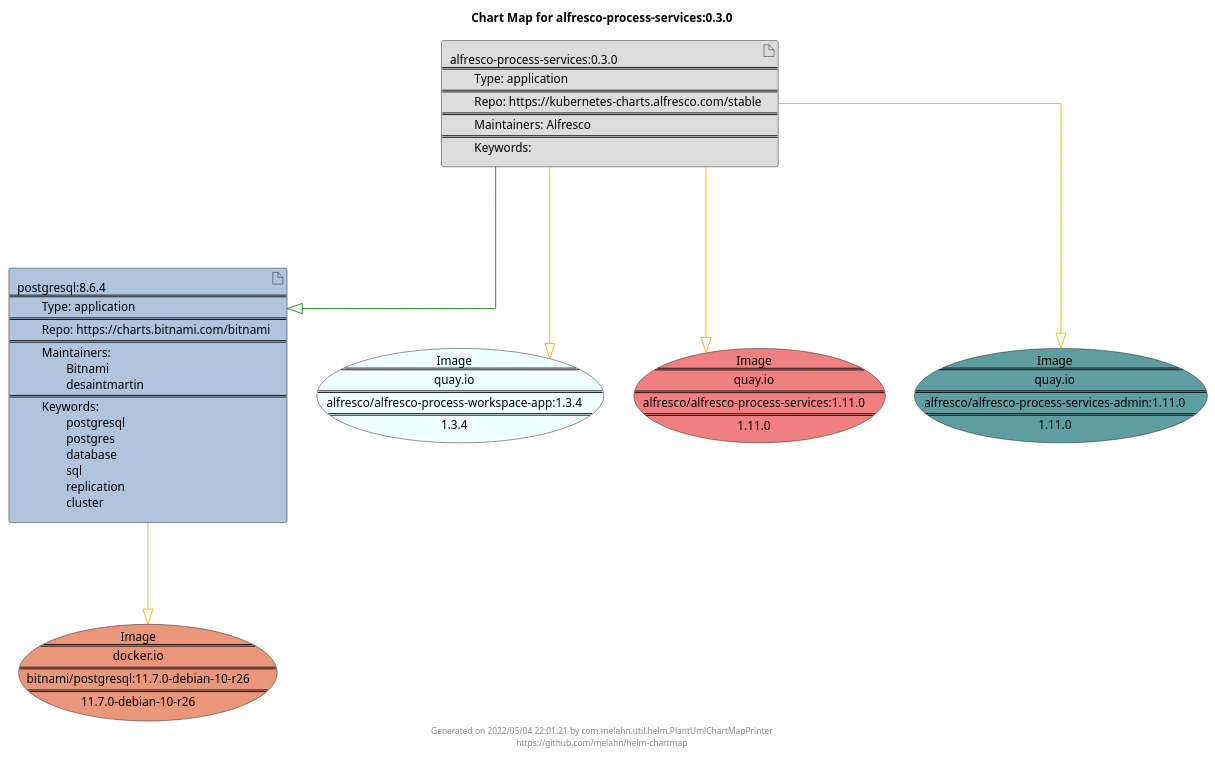
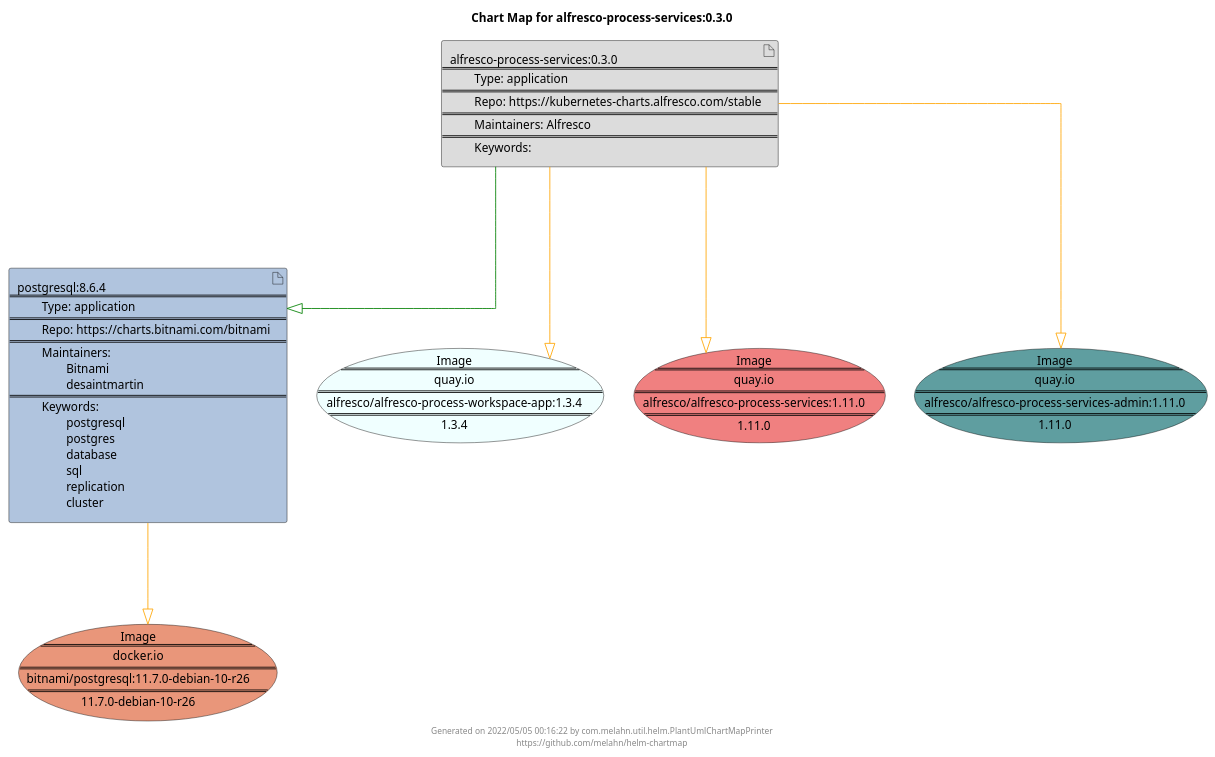
The diagram in docs/alfresco-process-services/alfresco-process-services-0.3.0.puml (melahn/helm-chartmap), drawn with PlantUML before and after one commit. The commit also changed 62 other files, not shown here.

Commit message:
Update Example Chart Maps as part of GitHub build

```diff
--- a/docs/alfresco-process-services/alfresco-process-services-0.3.0.puml
+++ b/docs/alfresco-process-services/alfresco-process-services-0.3.0.puml
@@ -1,29 +1,29 @@
 @startuml
 skinparam linetype ortho
 skinparam backgroundColor white
 skinparam usecaseBorderColor black
 skinparam usecaseArrowColor LightSlateGray
 skinparam artifactBorderColor black
 skinparam artifactArrowColor LightSlateGray
 
 title Chart Map for alfresco-process-services:0.3.0
 
 'There are 2 referenced Helm Charts
 artifact "alfresco-process-services:0.3.0\n====\n\tType: application\n====\n\tRepo: https://kubernetes-charts.alfresco.com/stable\n====\n\tMaintainers: Alfresco\n====\n\tKeywords: " as alfresco_process_services_0_3_0 #Gainsboro
 artifact "postgresql:8.6.4\n====\n\tType: application\n====\n\tRepo: https://charts.bitnami.com/bitnami\n====\n\tMaintainers: \n\t\tBitnami\n\t\tdesaintmartin\n====\n\tKeywords: \n\t\tpostgresql\n\t\tpostgres\n\t\tdatabase\n\t\tsql\n\t\treplication\n\t\tcluster" as postgresql_8_6_4 #LightSteelBlue
 
 'There are 4 referenced Docker Images
 usecase "Image\n====\nquay.io\n====\nalfresco/alfresco-process-workspace-app:1.3.4\n====\n1.3.4" as quay_io_alfresco_alfresco_process_workspace_app_1_3_4 #Azure
 usecase "Image\n====\nquay.io\n====\nalfresco/alfresco-process-services:1.11.0\n====\n1.11.0" as quay_io_alfresco_alfresco_process_services_1_11_0 #LightCoral
 usecase "Image\n====\nquay.io\n====\nalfresco/alfresco-process-services-admin:1.11.0\n====\n1.11.0" as quay_io_alfresco_alfresco_process_services_admin_1_11_0 #CadetBlue
 usecase "Image\n====\ndocker.io\n====\nbitnami/postgresql:11.7.0-debian-10-r26\n====\n11.7.0-debian-10-r26" as docker_io_bitnami_postgresql_11_7_0_debian_10_r26 #DarkSalmon
 
 'Chart Dependencies
 alfresco_process_services_0_3_0--[#green]-|>postgresql_8_6_4
 alfresco_process_services_0_3_0--[#orange]-|>quay_io_alfresco_alfresco_process_services_admin_1_11_0
 alfresco_process_services_0_3_0--[#orange]-|>quay_io_alfresco_alfresco_process_workspace_app_1_3_4
 alfresco_process_services_0_3_0--[#orange]-|>quay_io_alfresco_alfresco_process_services_1_11_0
 postgresql_8_6_4--[#orange]-|>docker_io_bitnami_postgresql_11_7_0_debian_10_r26
 
-center footer Generated on 2022/05/04 22:01:21 by com.melahn.util.helm.PlantUmlChartMapPrinter\nhttps://github.com/melahn/helm-chartmap
+center footer Generated on 2022/05/05 00:16:22 by com.melahn.util.helm.PlantUmlChartMapPrinter\nhttps://github.com/melahn/helm-chartmap
 @enduml
```
